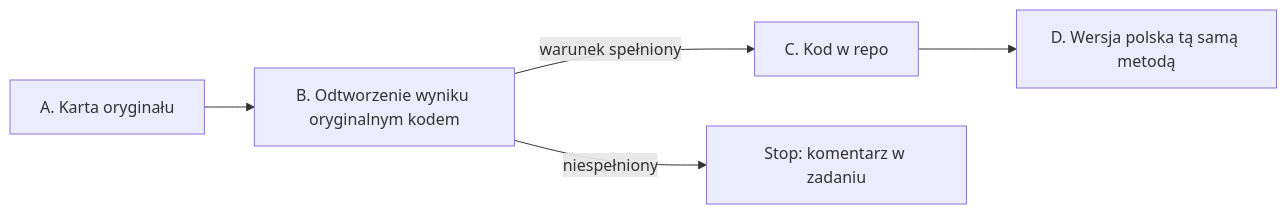
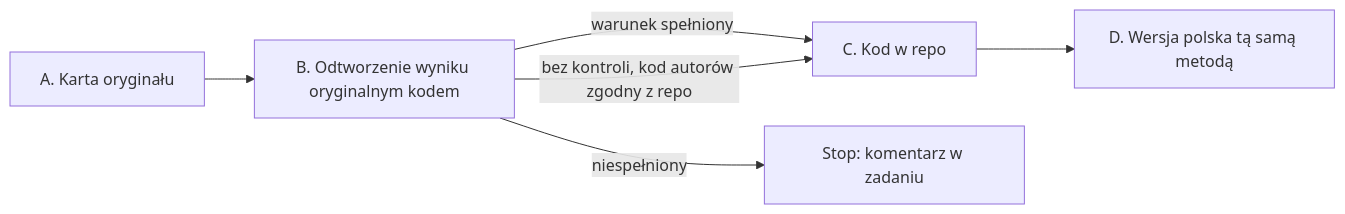
Before and after one commit to slayerlabs/benchmarks-fabryka-ai: the diagram in research/METODOLOGIA.md, drawn with Mermaid. The commit also changed other lines of this file and 2 other files, not shown here.

First line of the commit message:
METODOLOGIA: jedna reguła „bez kontroli” w karcie A, etapie B i wzorze REPRODUCTION

````diff
--- a/research/METODOLOGIA.md
+++ b/research/METODOLOGIA.md
@@ -22,7 +22,8 @@
 ```mermaid
 flowchart LR
   A[A. Karta oryginału] --> B[B. Odtworzenie wyniku oryginalnym kodem]
   B -->|warunek spełniony| C[C. Kod w repo]
   B -->|niespełniony| X[Stop: komentarz w zadaniu]
+  B -->|bez kontroli, kod autorów zgodny z repo| C
   C --> D[D. Wersja polska tą samą metodą]
 ```
````
